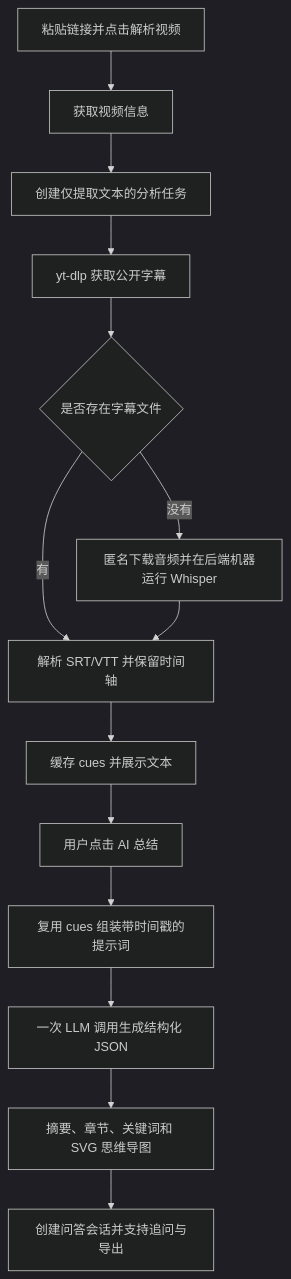
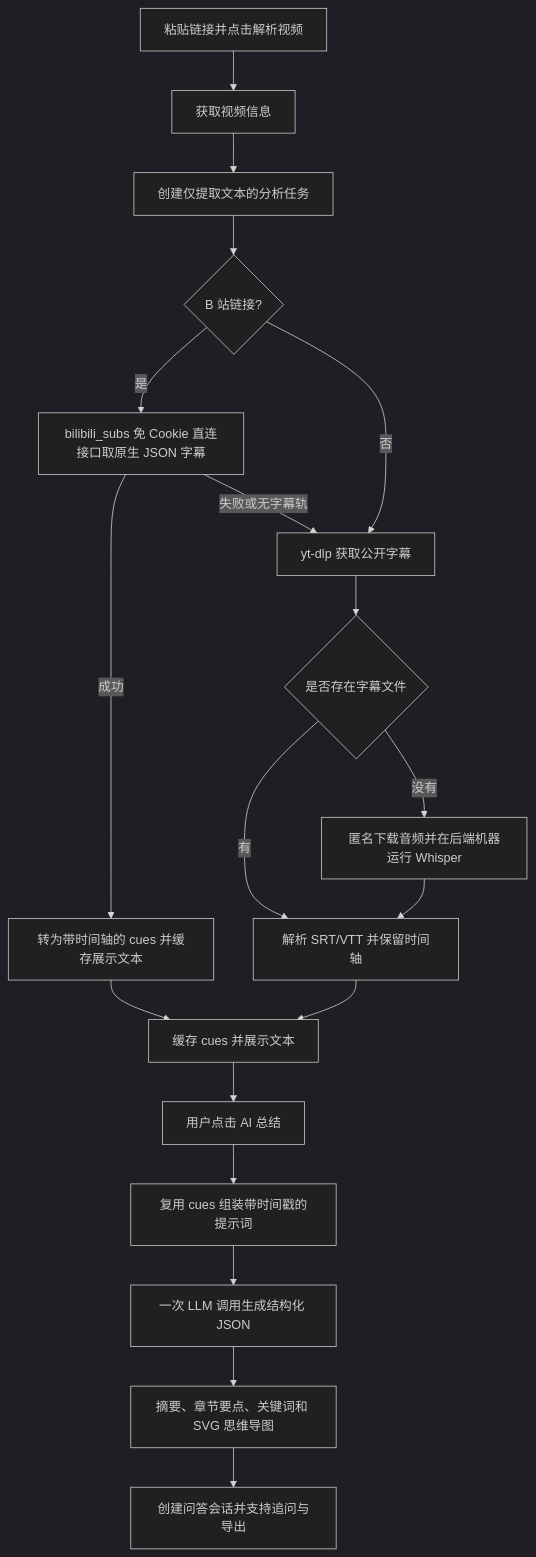
Before and after one commit to qiuquanhui/gener-video-text: the diagram in docs/视频总结功能总结.md, drawn with Mermaid (dark theme). The commit also changed other lines of this file and 1 other file, not shown here.

````diff
--- a/docs/视频总结功能总结.md
+++ b/docs/视频总结功能总结.md
@@ -53,16 +53,21 @@
 ```mermaid
 flowchart TD
     A[粘贴链接并点击解析视频] --> B[获取视频信息]
     B --> C[创建仅提取文本的分析任务]
-    C --> D[yt-dlp 获取公开字幕]
+    C --> S{B 站链接?}
+    S -->|是| T[bilibili_subs 免 Cookie 直连接口取原生 JSON 字幕]
+    T -->|成功| F[转为带时间轴的 cues 并缓存展示文本]
+    T -->|失败或无字幕轨| D
+    S -->|否| D[yt-dlp 获取公开字幕]
     D --> E{是否存在字幕文件}
-    E -->|有| F[解析 SRT/VTT 并保留时间轴]
+    E -->|有| F2[解析 SRT/VTT 并保留时间轴]
     E -->|没有| G[匿名下载音频并在后端机器运行 Whisper]
-    G --> F
+    G --> F2
     F --> H[缓存 cues 并展示文本]
+    F2 --> H
     H --> I[用户点击 AI 总结]
     I --> J[复用 cues 组装带时间戳的提示词]
     J --> K[一次 LLM 调用生成结构化 JSON]
-    K --> L[摘要、章节、关键词和 SVG 思维导图]
+    K --> L[摘要、章节要点、关键词和 SVG 思维导图]
     L --> M[创建问答会话并支持追问与导出]
 ```
````
